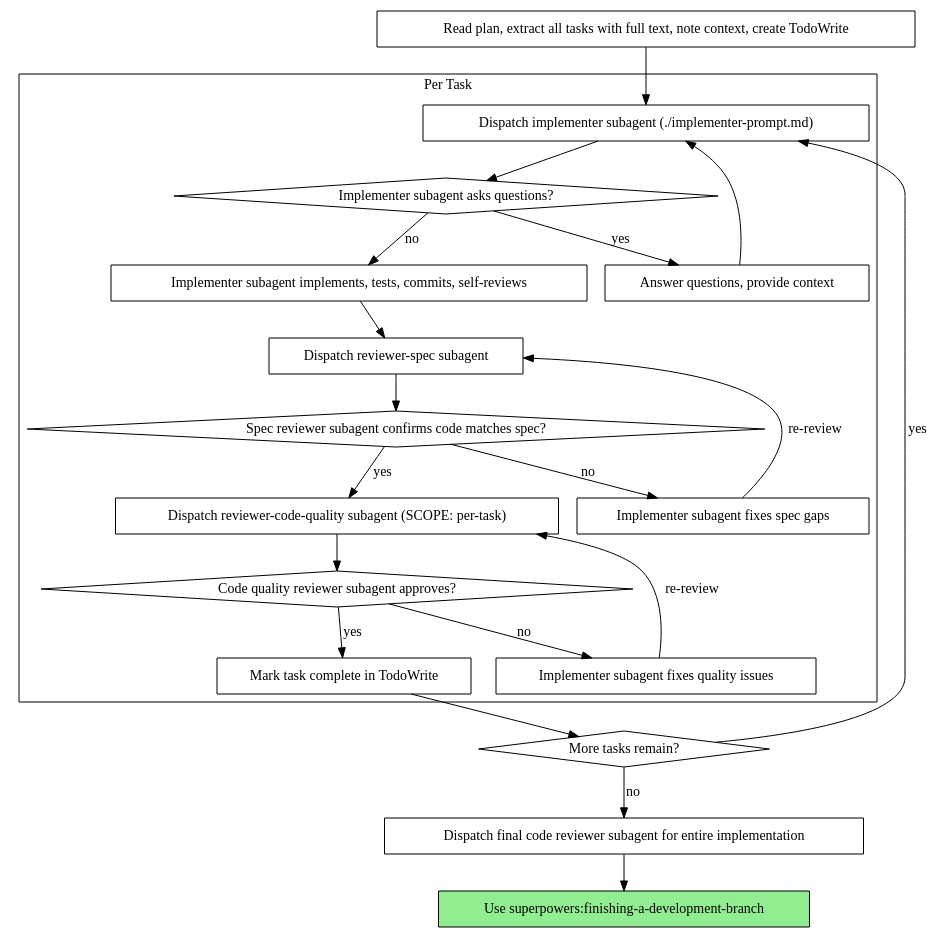
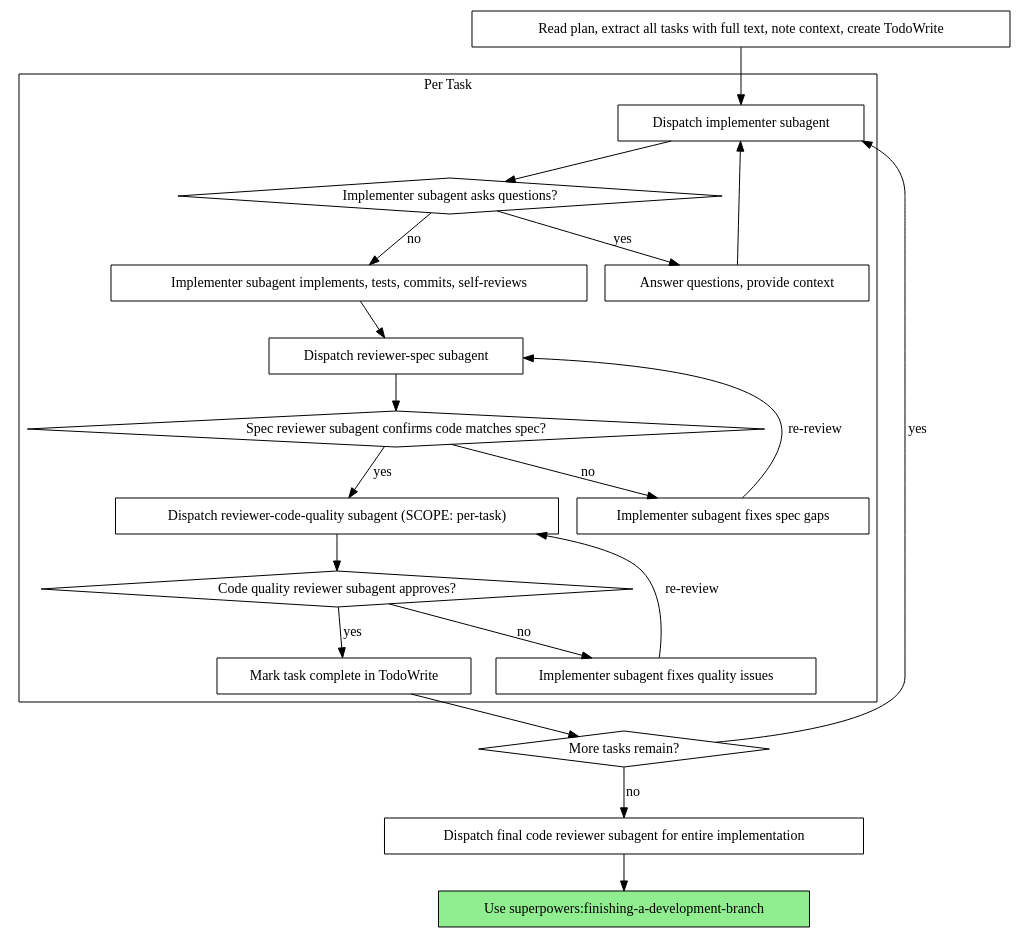
The second of 2 diagrams in skills/subagent-driven-development/SKILL.md (mabry-prv/superpowers), drawn with Graphviz before and after one commit. The commit also changed other lines of this file and 6 other files, not shown here.

````diff
--- a/skills/subagent-driven-development/SKILL.md
+++ b/skills/subagent-driven-development/SKILL.md
@@ -44,44 +44,44 @@
 ```dot
 digraph process {
     rankdir=TB;
 
     subgraph cluster_per_task {
         label="Per Task";
-        "Dispatch implementer subagent (./implementer-prompt.md)" [shape=box];
+        "Dispatch implementer subagent" [shape=box];
         "Implementer subagent asks questions?" [shape=diamond];
         "Answer questions, provide context" [shape=box];
         "Implementer subagent implements, tests, commits, self-reviews" [shape=box];
         "Dispatch reviewer-spec subagent" [shape=box];
         "Spec reviewer subagent confirms code matches spec?" [shape=diamond];
         "Implementer subagent fixes spec gaps" [shape=box];
         "Dispatch reviewer-code-quality subagent (SCOPE: per-task)" [shape=box];
         "Code quality reviewer subagent approves?" [shape=diamond];
         "Implementer subagent fixes quality issues" [shape=box];
         "Mark task complete in TodoWrite" [shape=box];
     }
 
     "Read plan, extract all tasks with full text, note context, create TodoWrite" [shape=box];
     "More tasks remain?" [shape=diamond];
     "Dispatch final code reviewer subagent for entire implementation" [shape=box];
     "Use superpowers:finishing-a-development-branch" [shape=box style=filled fillcolor=lightgreen];
 
-    "Read plan, extract all tasks with full text, note context, create TodoWrite" -> "Dispatch implementer subagent (./implementer-prompt.md)";
-    "Dispatch implementer subagent (./implementer-prompt.md)" -> "Implementer subagent asks questions?";
+    "Read plan, extract all tasks with full text, note context, create TodoWrite" -> "Dispatch implementer subagent";
+    "Dispatch implementer subagent" -> "Implementer subagent asks questions?";
     "Implementer subagent asks questions?" -> "Answer questions, provide context" [label="yes"];
-    "Answer questions, provide context" -> "Dispatch implementer subagent (./implementer-prompt.md)";
+    "Answer questions, provide context" -> "Dispatch implementer subagent";
     "Implementer subagent asks questions?" -> "Implementer subagent implements, tests, commits, self-reviews" [label="no"];
     "Implementer subagent implements, tests, commits, self-reviews" -> "Dispatch reviewer-spec subagent";
     "Dispatch reviewer-spec subagent" -> "Spec reviewer subagent confirms code matches spec?";
     "Spec reviewer subagent confirms code matches spec?" -> "Implementer subagent fixes spec gaps" [label="no"];
     "Implementer subagent fixes spec gaps" -> "Dispatch reviewer-spec subagent" [label="re-review"];
     "Spec reviewer subagent confirms code matches spec?" -> "Dispatch reviewer-code-quality subagent (SCOPE: per-task)" [label="yes"];
     "Dispatch reviewer-code-quality subagent (SCOPE: per-task)" -> "Code quality reviewer subagent approves?";
     "Code quality reviewer subagent approves?" -> "Implementer subagent fixes quality issues" [label="no"];
     "Implementer subagent fixes quality issues" -> "Dispatch reviewer-code-quality subagent (SCOPE: per-task)" [label="re-review"];
     "Code quality reviewer subagent approves?" -> "Mark task complete in TodoWrite" [label="yes"];
     "Mark task complete in TodoWrite" -> "More tasks remain?";
-    "More tasks remain?" -> "Dispatch implementer subagent (./implementer-prompt.md)" [label="yes"];
+    "More tasks remain?" -> "Dispatch implementer subagent" [label="yes"];
     "More tasks remain?" -> "Dispatch final code reviewer subagent for entire implementation" [label="no"];
     "Dispatch final code reviewer subagent for entire implementation" -> "Use superpowers:finishing-a-development-branch";
 }
 ```
````
